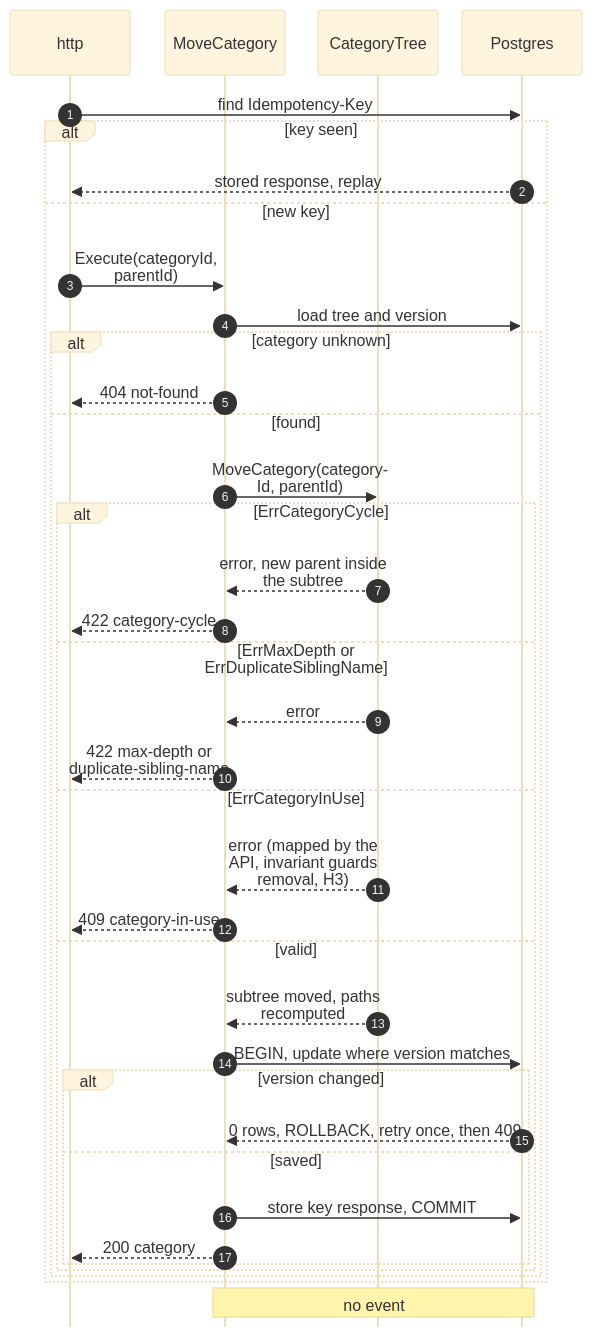
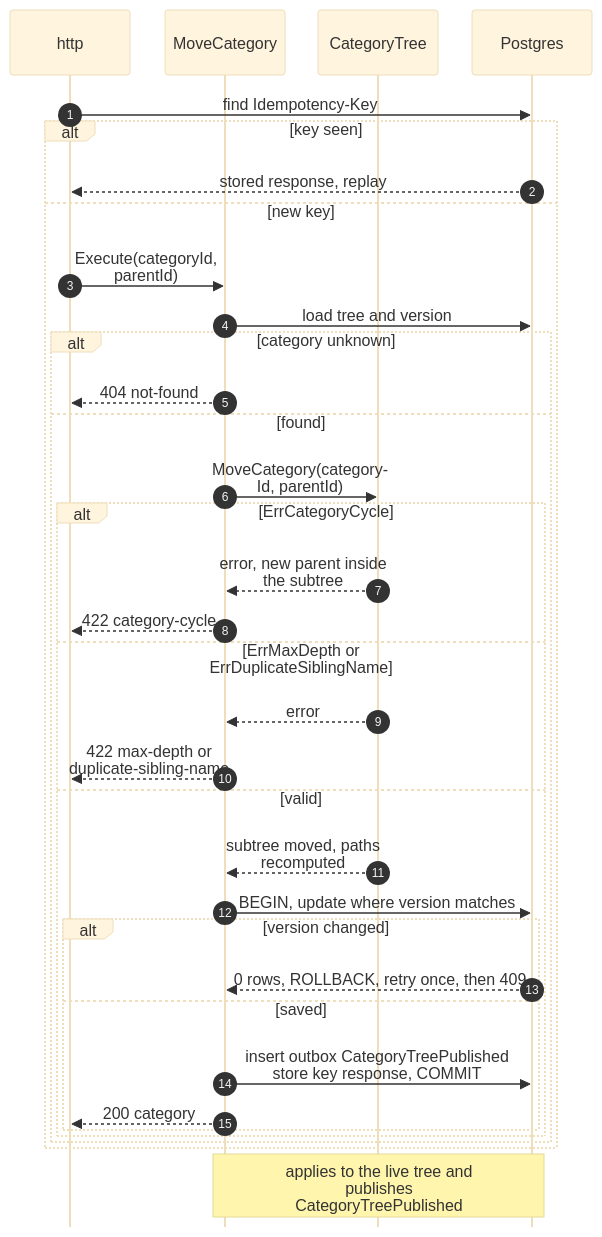
The seventh of 10 diagrams in storefront/docs/contexts/product-content/sequence-diagrams.md (IQVO/warehouse-docs), drawn with Mermaid (base theme) before and after one commit. The commit also changed other lines of this file and 16 other files, not shown here.

````diff
--- a/storefront/docs/contexts/product-content/sequence-diagrams.md
+++ b/storefront/docs/contexts/product-content/sequence-diagrams.md
@@ -321,41 +337,38 @@
 ```mermaid
 %%{init: {"sequence": {"wrap": true, "width": 120, "actorMargin": 24, "messageMargin": 28, "boxMargin": 6, "noteMargin": 6, "mirrorActors": false}}}%%
 sequenceDiagram
     autonumber
     participant H as http
     participant UC as MoveCategory
     participant T as CategoryTree
     participant DB as Postgres
     H->>DB: find Idempotency-Key
     alt key seen
         DB-->>H: stored response, replay
     else new key
         H->>UC: Execute(categoryId, parentId)
         UC->>DB: load tree and version
         alt category unknown
             UC-->>H: 404 not-found
         else found
             UC->>T: MoveCategory(categoryId, parentId)
             alt ErrCategoryCycle
                 T-->>UC: error, new parent inside the subtree
                 UC-->>H: 422 category-cycle
             else ErrMaxDepth or ErrDuplicateSiblingName
                 T-->>UC: error
                 UC-->>H: 422 max-depth or duplicate-sibling-name
-            else ErrCategoryInUse
-                T-->>UC: error (mapped by the API, invariant guards removal, H3)
-                UC-->>H: 409 category-in-use
             else valid
                 T-->>UC: subtree moved, paths recomputed
                 UC->>DB: BEGIN, update where version matches
                 alt version changed
                     DB-->>UC: 0 rows, ROLLBACK, retry once, then 409
                 else saved
-                    UC->>DB: store key response, COMMIT
+                    UC->>DB: insert outbox CategoryTreePublished<br/>store key response, COMMIT
                     UC-->>H: 200 category
                 end
             end
         end
     end
-    Note over UC,DB: no event
+    Note over UC,DB: applies to the live tree and<br/>publishes CategoryTreePublished
 ```
````
